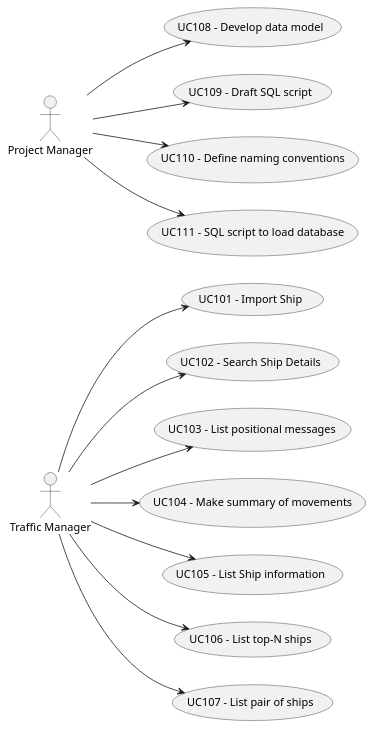
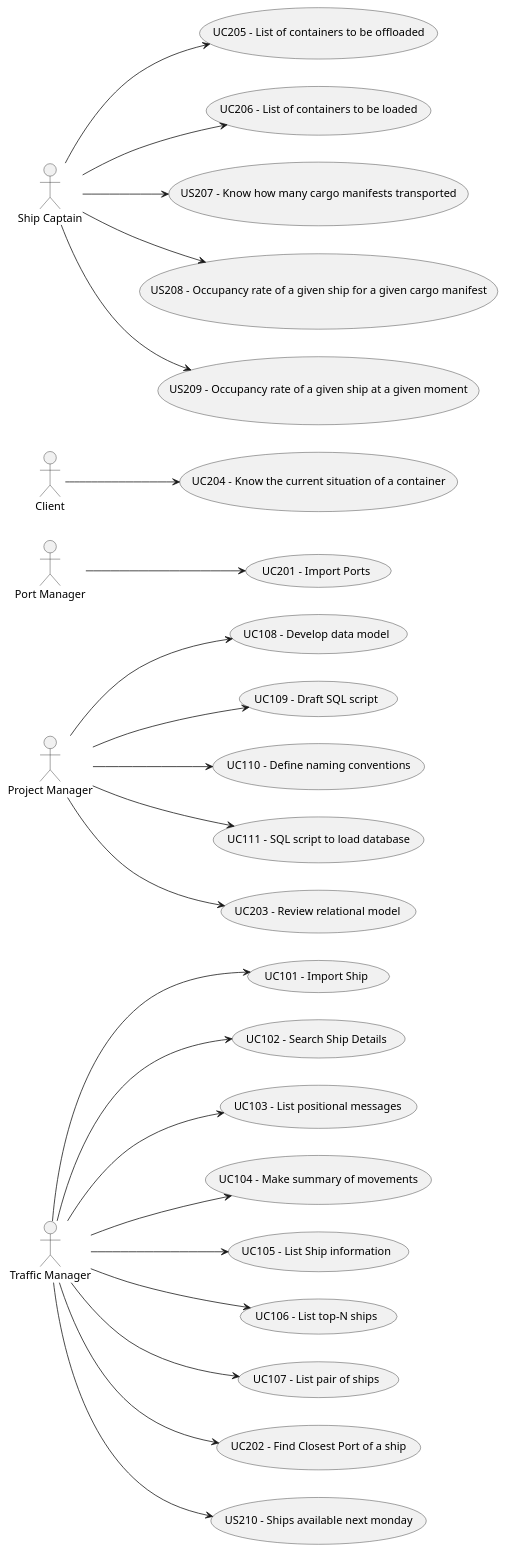
The diagram in docs/Sprint2/UCD.puml (mpoboas/lapr3-2021-g102), drawn with PlantUML before and after one commit. The commit also changed 11 other files, not shown here.

Commit message:
<G0102-35> Import Ports - Final Commits

```diff
--- a/docs/Sprint2/UCD.puml
+++ b/docs/Sprint2/UCD.puml
@@ -1,38 +1,64 @@
 @startuml
 'https://plantuml.com/use-case-diagram
 left to right direction
 
 actor "Traffic Manager" as TM
 
 actor "Project Manager" as PM
+
+actor "Port Manager" as PWM
+
+actor "Client" as CL
+actor "Ship Captain" as SC
 
 
 usecase "UC101 - Import Ship" as UC1
 usecase "UC102 - Search Ship Details" as UC2
 usecase "UC103 - List positional messages" as UC3
 usecase "UC104 - Make summary of movements" as UC4
 usecase "UC105 - List Ship information" as UC5
 usecase "UC106 - List top-N ships" as UC6
 usecase "UC107 - List pair of ships" as UC7
 
 usecase "UC108 - Develop data model" as UC8
 usecase "UC109 - Draft SQL script" as UC9
 usecase "UC110 - Define naming conventions" as UC10
 usecase "UC111 - SQL script to load database" as UC11
 
-
+usecase "UC201 - Import Ports" as UC201
+usecase "UC202 - Find Closest Port of a ship" as US202
+usecase "UC203 - Review relational model" as US203
+usecase "UC204 - Know the current situation of a container" as US204
+usecase "UC205 - List of containers to be offloaded" as US205
+usecase "UC206 - List of containers to be loaded" as US206
+usecase "US207 - Know how many cargo manifests transported" as US207
+usecase "US208 - Occupancy rate of a given ship for a given cargo manifest" as US208
+usecase "US209 - Occupancy rate of a given ship at a given moment" as US209
+usecase "US210 - Ships available next monday" as US210
 
 TM --> (UC1)
 TM --> (UC2)
 TM --> (UC3)
 TM --> (UC4)
 TM --> (UC5)
 TM --> (UC6)
 TM --> (UC7)
 
 PM --> (UC8)
 PM --> (UC9)
 PM --> (UC10)
 PM --> (UC11)
 
+PWM --> (UC201)
+TM --> (US202)
+PM --> (US203)
+
+CL --> (US204)
+SC --> (US205)
+SC --> (US206)
+SC --> (US207)
+SC --> (US208)
+SC --> (US209)
+TM --> (US210)
+
 @enduml
```
